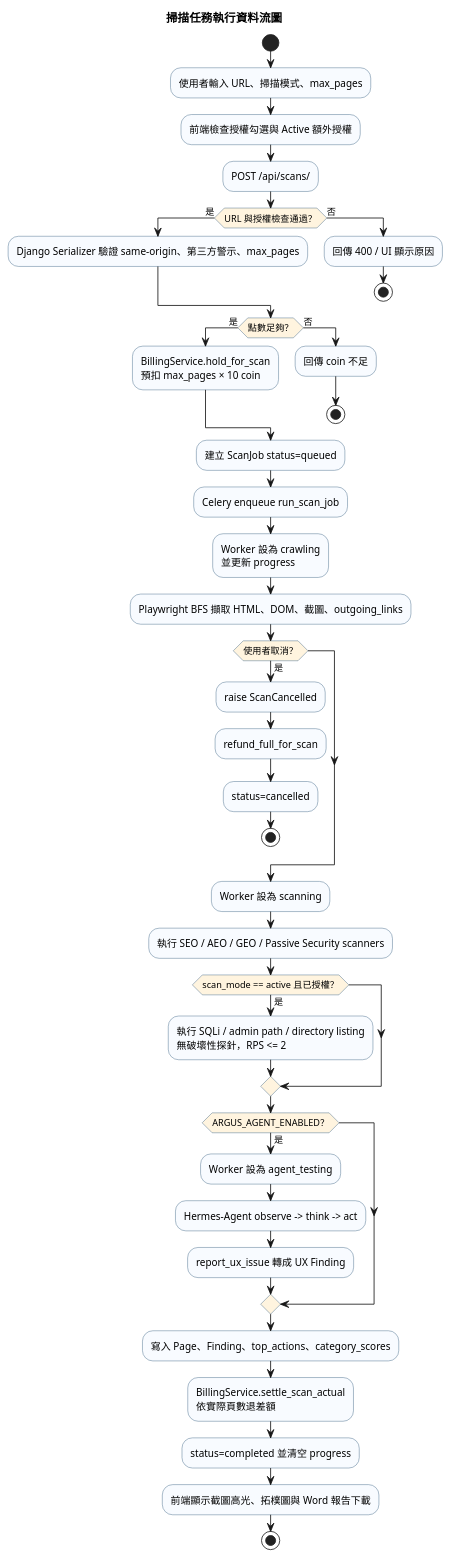
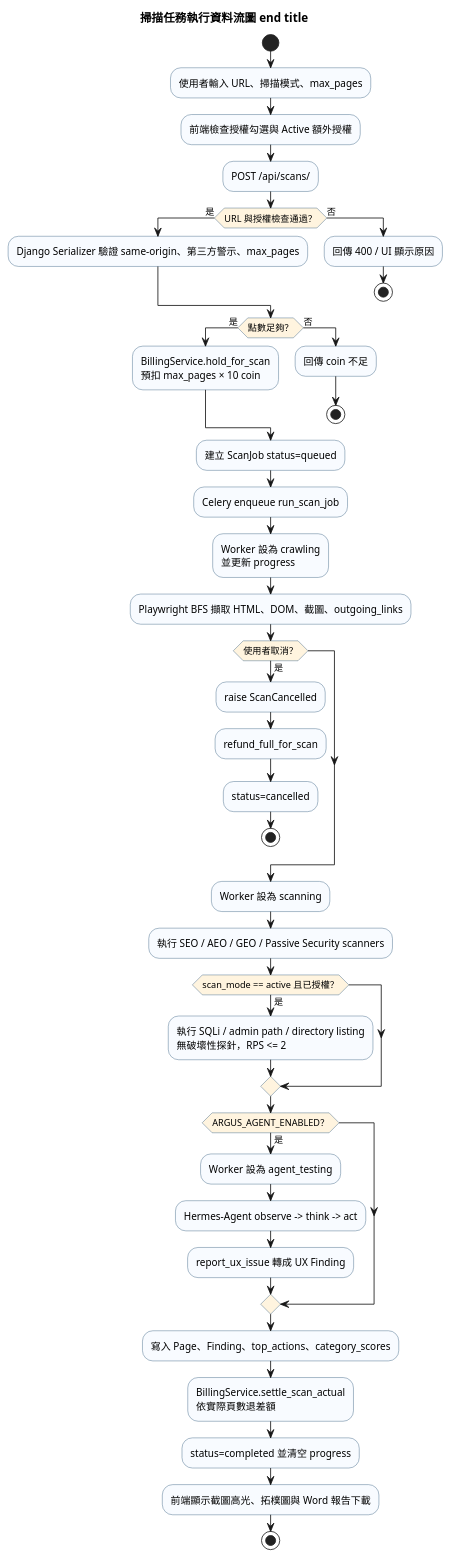
One commit to Djude1/Argus changed the second of 13 diagrams in PlantUML.md. Above: the diagram before and after it, drawn with PlantUML.

````diff
--- a/PlantUML.md
+++ b/PlantUML.md
@@ -96,62 +96,62 @@
 ```plantuml
 @startuml
-title 掃描任務執行資料流圖
+title 掃描任務執行資料流圖 end title
 skinparam defaultFontName Microsoft JhengHei
 skinparam shadowing false
 skinparam activity {
   BackgroundColor #F8FBFF
   BorderColor #315a7d
   DiamondBackgroundColor #FFF4DF
 }
 
 start
 :使用者輸入 URL、掃描模式、max_pages;
 :前端檢查授權勾選與 Active 額外授權;
 :POST /api/scans/;
 
 if (URL 與授權檢查通過？) then (是)
   :Django Serializer 驗證 same-origin、第三方警示、max_pages;
 else (否)
   :回傳 400 / UI 顯示原因;
   stop
 endif
 
 if (點數足夠？) then (是)
   :BillingService.hold_for_scan\n預扣 max_pages × 10 coin;
 else (否)
   :回傳 coin 不足;
   stop
 endif
 
 :建立 ScanJob status=queued;
 :Celery enqueue run_scan_job;
 :Worker 設為 crawling\n並更新 progress;
 :Playwright BFS 擷取 HTML、DOM、截圖、outgoing_links;
 
 if (使用者取消？) then (是)
   :raise ScanCancelled;
   :refund_full_for_scan;
   :status=cancelled;
   stop
 endif
 
 :Worker 設為 scanning;
 :執行 SEO / AEO / GEO / Passive Security scanners;
 
 if (scan_mode == active 且已授權？) then (是)
   :執行 SQLi / admin path / directory listing\n無破壞性探針，RPS <= 2;
 endif
 
 if (ARGUS_AGENT_ENABLED？) then (是)
   :Worker 設為 agent_testing;
   :Hermes-Agent observe -> think -> act;
   :report_ux_issue 轉成 UX Finding;
 endif
 
 :寫入 Page、Finding、top_actions、category_scores;
 :BillingService.settle_scan_actual\n依實際頁數退差額;
 :status=completed 並清空 progress;
 :前端顯示截圖高光、拓樸圖與 Word 報告下載;
 stop
 @enduml
 ```
````
